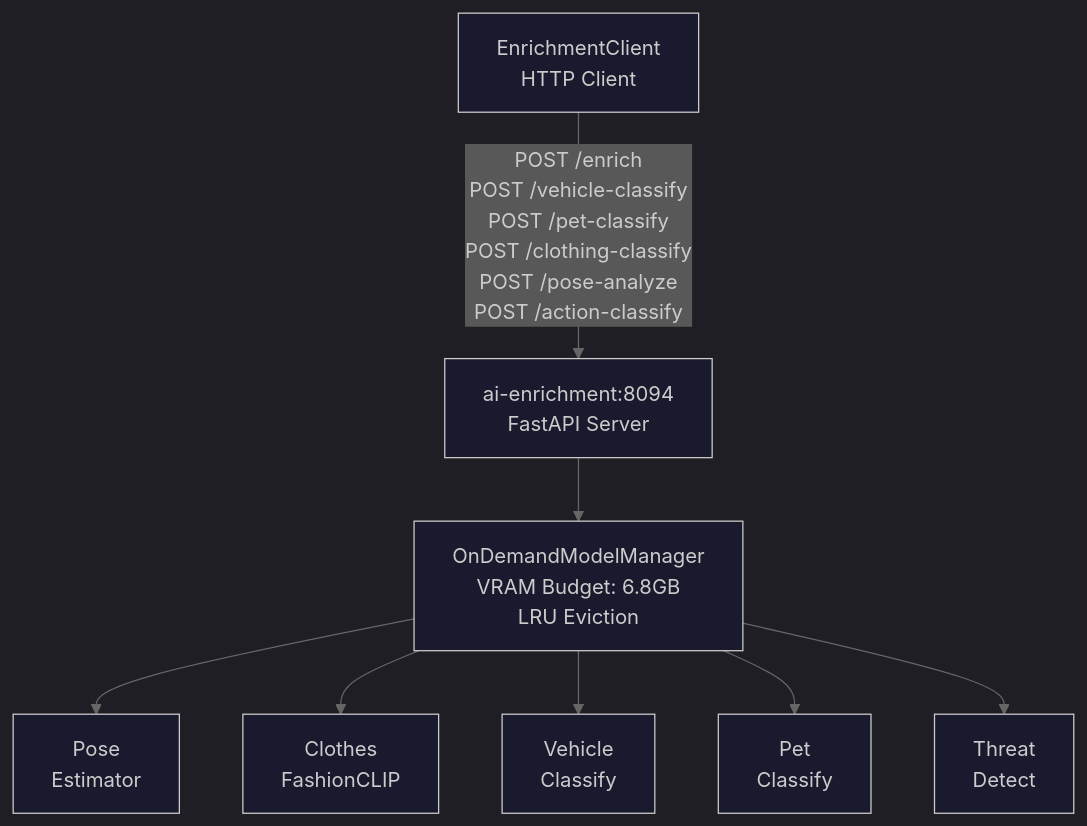
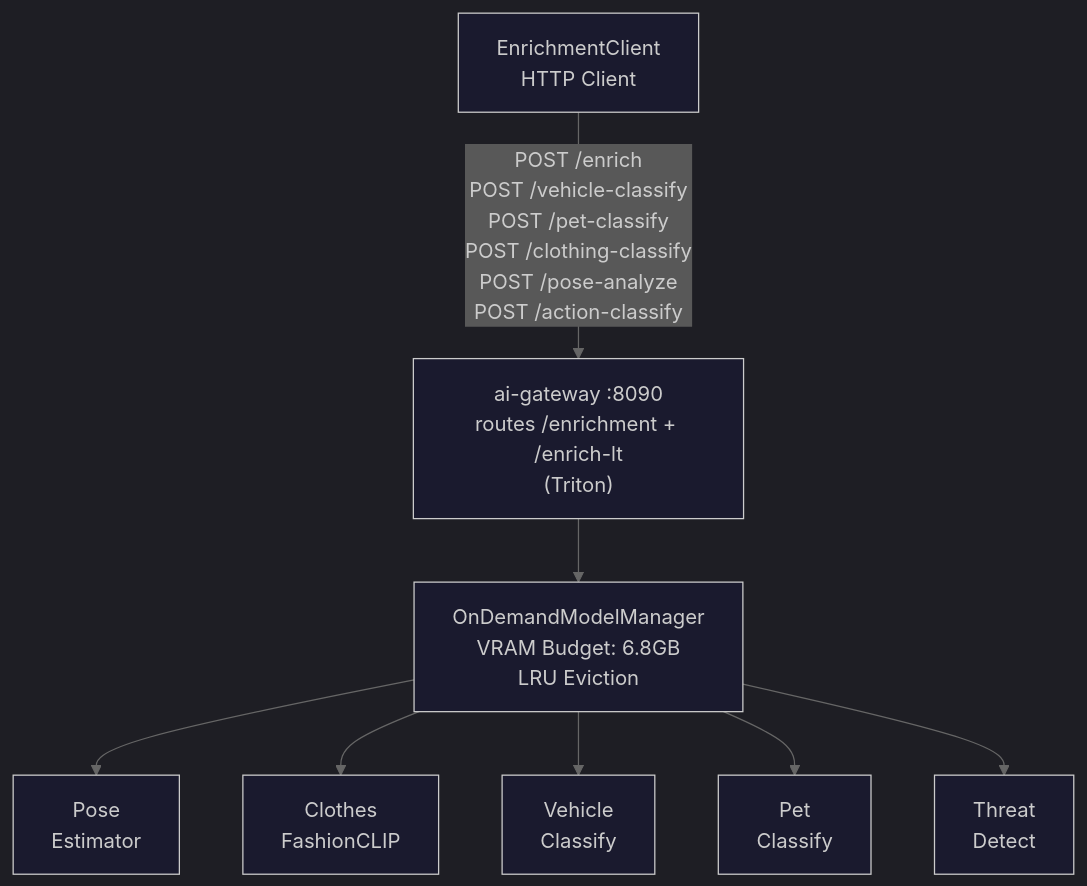
Before and after one commit to mikesvoboda/nemotron-v3-home-security-intelligence: the first of 4 diagrams in docs/architecture/ai-orchestration/enrichment-pipeline.md, drawn with Mermaid. The commit also changed other lines of this file and 313 other files, not shown here.

````diff
--- a/docs/architecture/ai-orchestration/enrichment-pipeline.md
+++ b/docs/architecture/ai-orchestration/enrichment-pipeline.md
@@ -14,28 +14,28 @@
 ```mermaid
 %%{init: {
   'theme': 'dark',
   'themeVariables': {
     'primaryColor': '#3B82F6',
     'primaryTextColor': '#FFFFFF',
     'primaryBorderColor': '#60A5FA',
     'secondaryColor': '#A855F7',
     'tertiaryColor': '#009688',
     'background': '#121212',
     'mainBkg': '#1a1a2e',
     'lineColor': '#666666'
   }
 }}%%
 flowchart TB
     EC["EnrichmentClient<br/>HTTP Client"]
 
     EC -->|"POST /enrich<br/>POST /vehicle-classify<br/>POST /pet-classify<br/>POST /clothing-classify<br/>POST /pose-analyze<br/>POST /action-classify"| AE
 
-    AE["ai-enrichment:8094<br/>FastAPI Server"]
+    AE["ai-gateway :8090<br/>routes /enrichment + /enrich-lt<br/>(Triton)"]
     AE --> MM["OnDemandModelManager<br/>VRAM Budget: 6.8GB<br/>LRU Eviction"]
 
     MM --> POSE["Pose<br/>Estimator"]
     MM --> CLOTH["Clothes<br/>FashionCLIP"]
     MM --> VEH["Vehicle<br/>Classify"]
     MM --> PET["Pet<br/>Classify"]
     MM --> THREAT["Threat<br/>Detect"]
 ```
````
